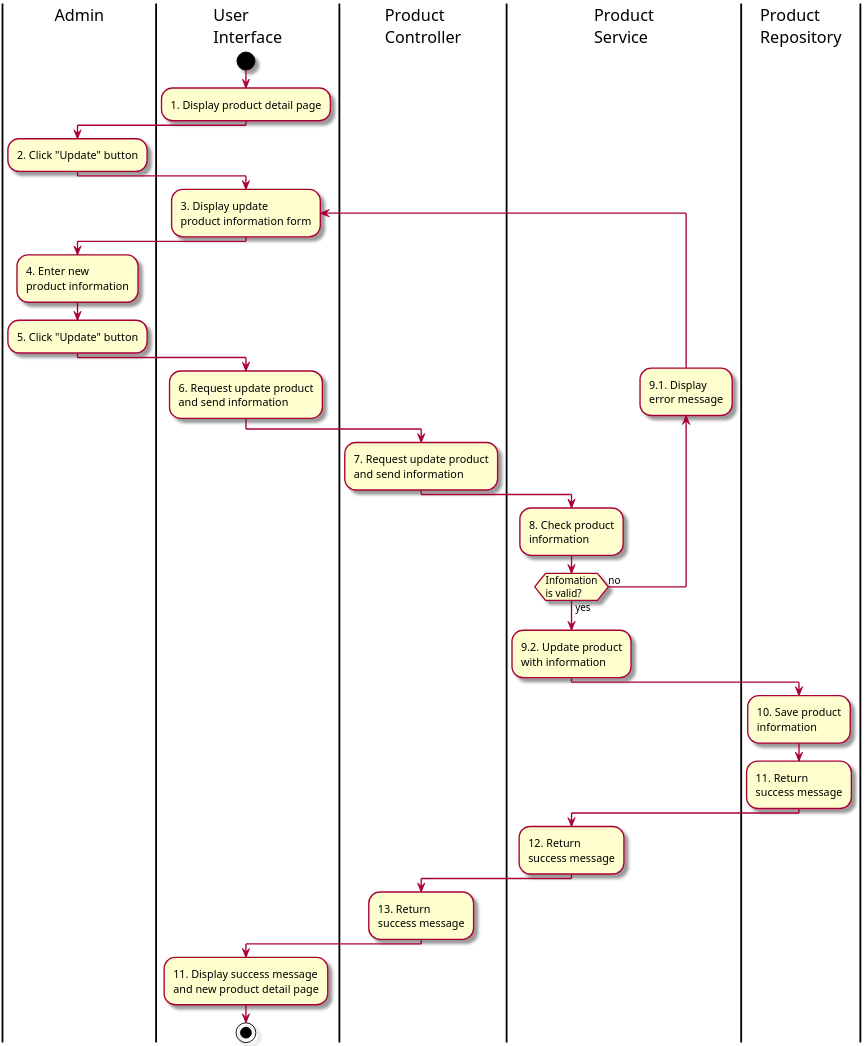
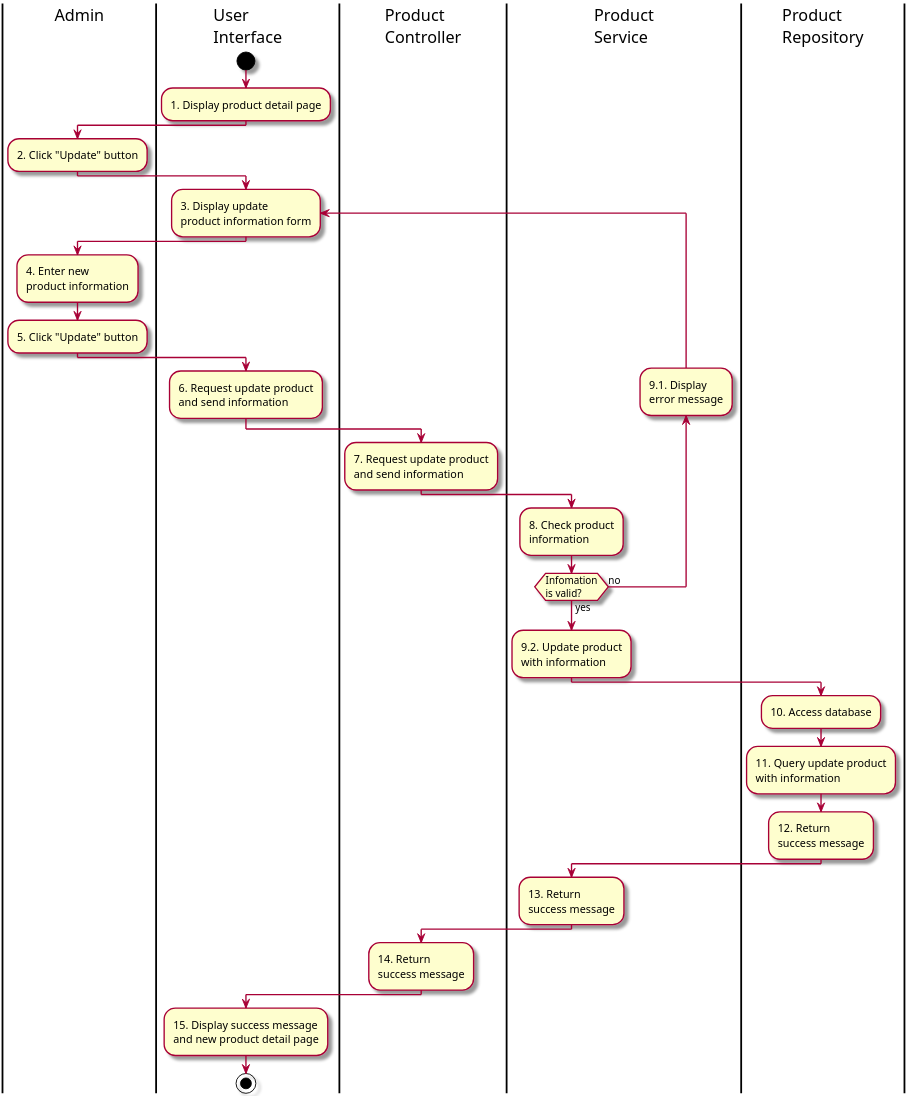
The diagram in Activity/1.3. ActUpdateProductInfo.puml (Marowota/ecommerce-plantuml), drawn with PlantUML before and after one commit. The commit also changed 4 other files, not shown here.

```diff
--- a/Activity/1.3. ActUpdateProductInfo.puml
+++ b/Activity/1.3. ActUpdateProductInfo.puml
@@ -1,42 +1,43 @@
 @startuml ActProductInfo
 
 skin rose
 scale 3
 
 |Admin|
 |User\nInterface|
 |Product\nController|
 |Product\nService|
 |Product\nRepository|
 |User\nInterface|
 start
 :1. Display product detail page;
 |Admin|
 :2. Click "Update" button;
 |User\nInterface|
 repeat :3. Display update\nproduct information form;
 |Admin|
 :4. Enter new\nproduct information;
 :5. Click "Update" button;
 |User\nInterface|
 :6. Request update product\nand send information;
 |Product\nController|
 :7. Request update product\nand send information;
 |Product\nService|
 :8. Check product\ninformation;
 backward :9.1. Display\nerror message;
 repeat while(Infomation\nis valid?) is(no) not(yes)
 :9.2. Update product\nwith information;
 |Product\nRepository|
-:10. Save product\ninformation;
-:11. Return\nsuccess message;
+:10. Access database;
+:11. Query update product\nwith information;
+:12. Return\nsuccess message;
 |Product\nService|
-:12. Return\nsuccess message;
+:13. Return\nsuccess message;
 |Product\nController|
-:13. Return\nsuccess message;
+:14. Return\nsuccess message;
 |User\nInterface|
-:11. Display success message\nand new product detail page;
+:15. Display success message\nand new product detail page;
 stop
 
 
 @enduml
```
